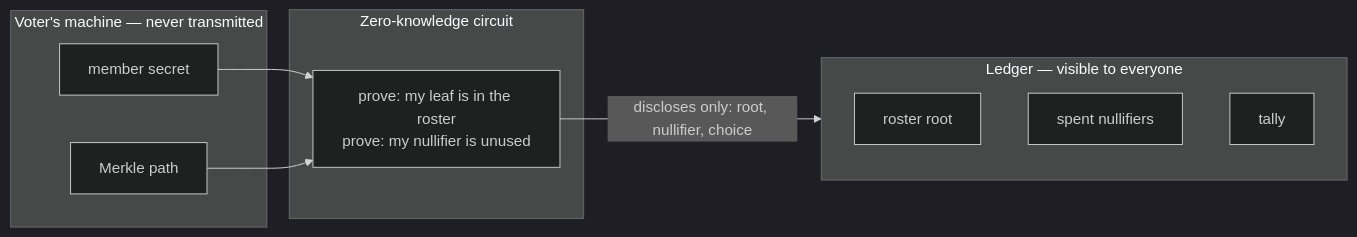
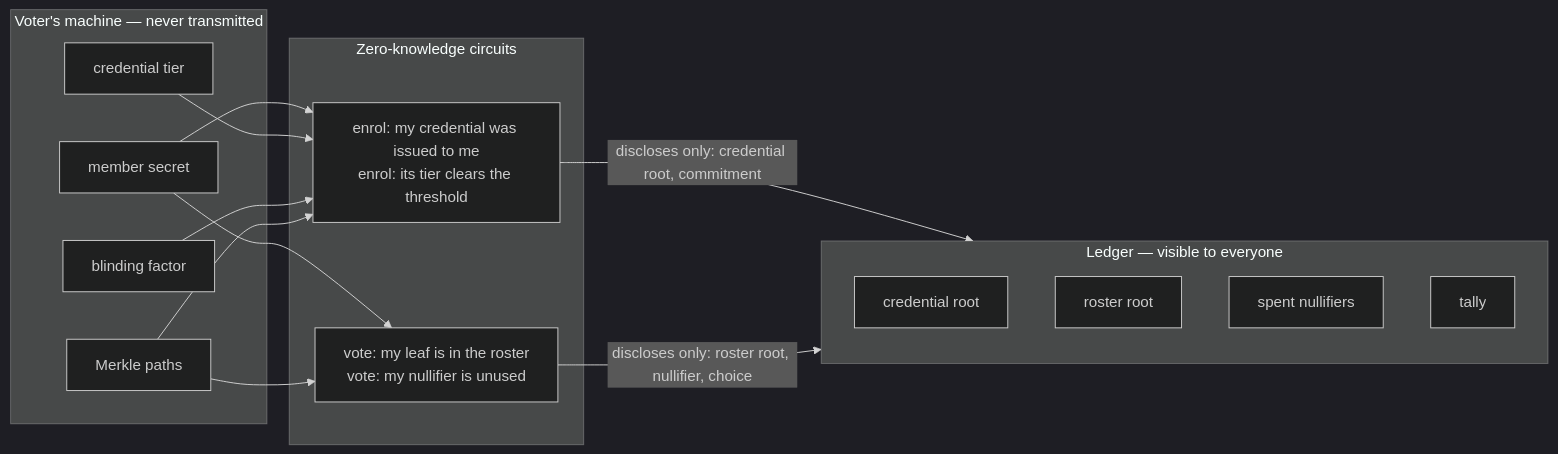
One commit to atharvsp02/candor changed the diagram in README.md. Above: the diagram before and after it, drawn with Mermaid (dark theme). The commit also changed other lines of this file and 6 other files, not shown here.

````diff
--- a/README.md
+++ b/README.md
@@ -56,18 +66,27 @@
 ```mermaid
 flowchart LR
   subgraph priv["Voter's machine — never transmitted"]
     sk["member secret"]
-    mp["Merkle path"]
+    tr["credential tier"]
+    bl["blinding factor"]
+    mp["Merkle paths"]
   end
-  subgraph zk["Zero-knowledge circuit"]
-    pf["prove: my leaf is in the roster<br/>prove: my nullifier is unused"]
+  subgraph zk["Zero-knowledge circuits"]
+    en["enrol: my credential was issued to me<br/>enrol: its tier clears the threshold"]
+    vo["vote: my leaf is in the roster<br/>vote: my nullifier is unused"]
   end
   subgraph pub["Ledger — visible to everyone"]
+    ct["credential root"]
     rt["roster root"]
     sp["spent nullifiers"]
     tl["tally"]
   end
-  sk --> pf
-  mp --> pf
-  pf -->|"discloses only: root, nullifier, choice"| pub
+  sk --> en
+  tr --> en
+  bl --> en
+  mp --> en
+  sk --> vo
+  mp --> vo
+  en -->|"discloses only: credential root, commitment"| pub
+  vo -->|"discloses only: roster root, nullifier, choice"| pub
 ```
````
